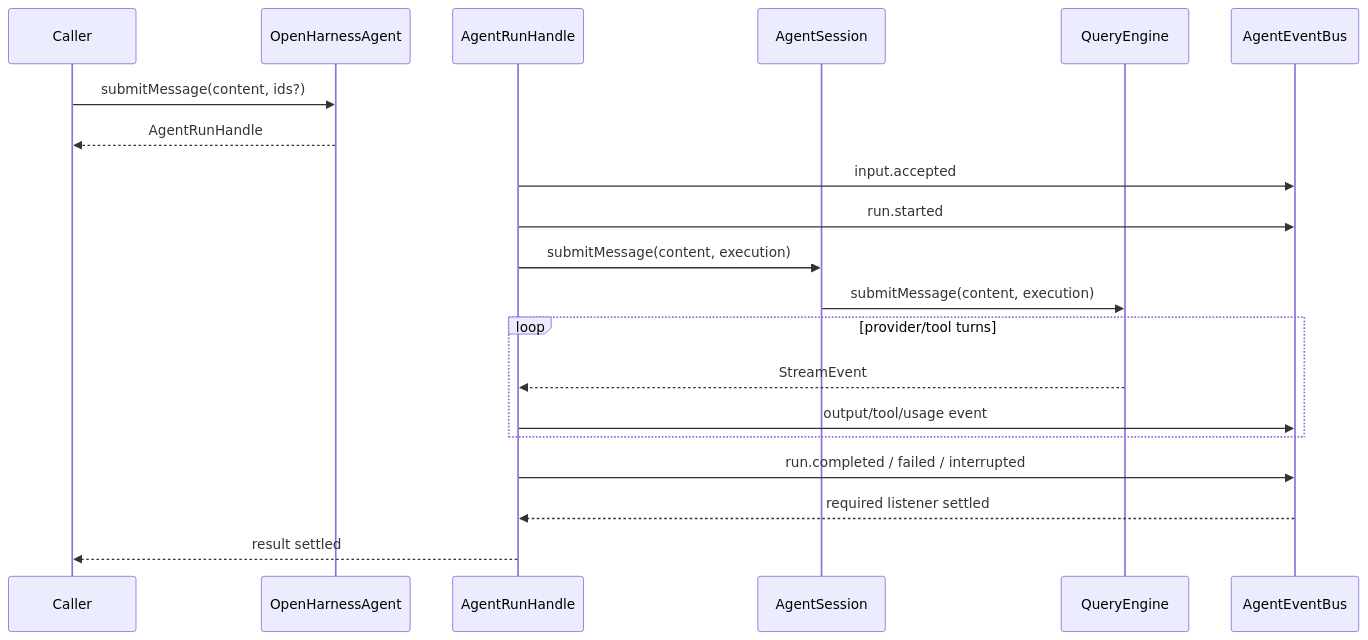
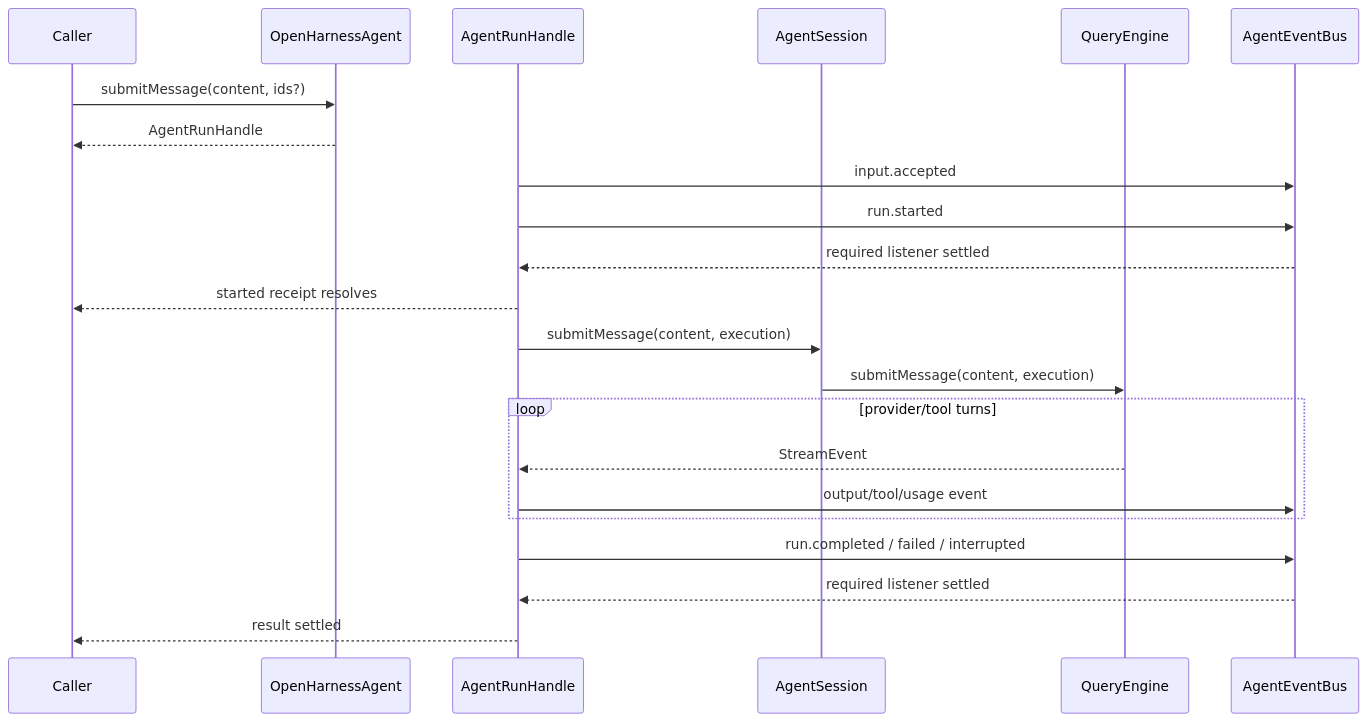
The second of 2 diagrams in docs/agent-runtime-framework-architecture.md (rzx007/openharness-ts), drawn with Mermaid before and after one commit. The commit also changed other lines of this file and 7 other files, not shown here.

````diff
--- a/docs/agent-runtime-framework-architecture.md
+++ b/docs/agent-runtime-framework-architecture.md
@@ -59,23 +60,25 @@
 ```mermaid
 sequenceDiagram
   participant Caller
   participant Agent as OpenHarnessAgent
   participant Run as AgentRunHandle
   participant Session as AgentSession
   participant QE as QueryEngine
   participant Bus as AgentEventBus
 
   Caller->>Agent: submitMessage(content, ids?)
   Agent-->>Caller: AgentRunHandle
   Run->>Bus: input.accepted
   Run->>Bus: run.started
+  Bus-->>Run: required listener settled
+  Run-->>Caller: started receipt resolves
   Run->>Session: submitMessage(content, execution)
   Session->>QE: submitMessage(content, execution)
   loop provider/tool turns
     QE-->>Run: StreamEvent
     Run->>Bus: output/tool/usage event
   end
   Run->>Bus: run.completed / failed / interrupted
   Bus-->>Run: required listener settled
   Run-->>Caller: result settled
 ```
````
